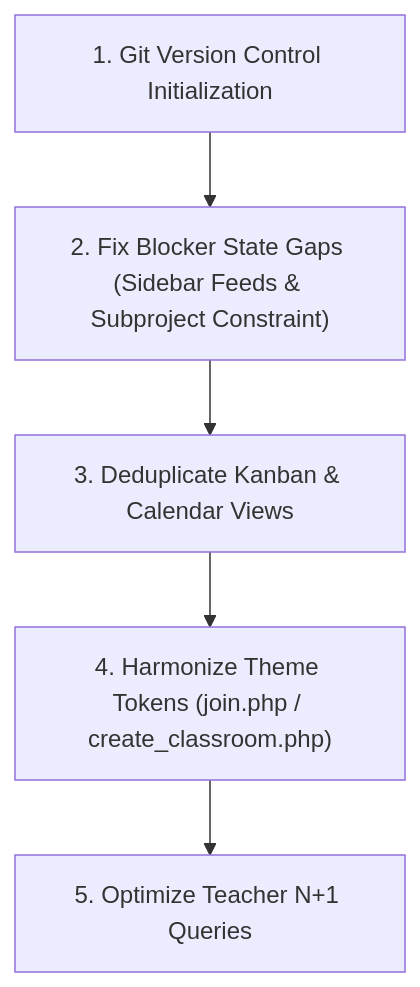
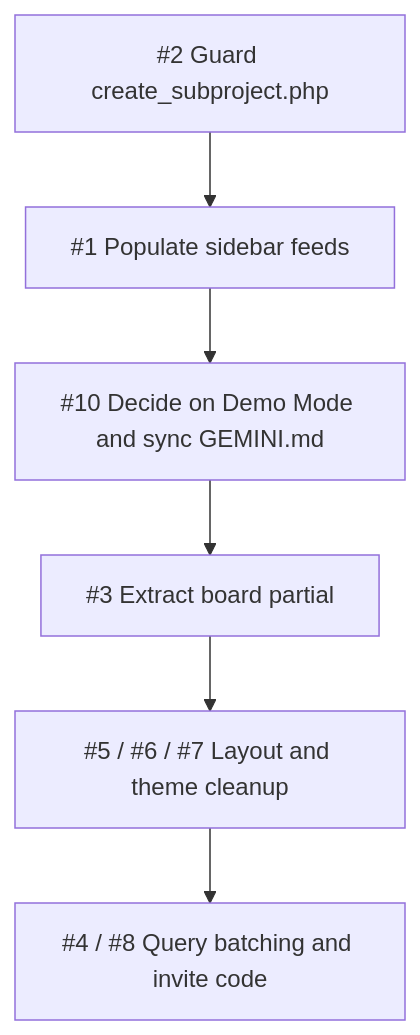
Before and after one commit to Nitinnoob/mini-project-pms: the diagram in vibe-code-audit-report.md, drawn with Mermaid. The commit also changed other lines of this file and 13 other files, not shown here.

Commit message:
fix: resolve vibe-code audit issues (deduplicate board, batch queries, fix themes, and sync docs)

````diff
--- a/vibe-code-audit-report.md
+++ b/vibe-code-audit-report.md
@@ -152,7 +79,8 @@
 ```mermaid
 flowchart TD
-    A["1. Git Version Control Initialization"] --> B["2. Fix Blocker State Gaps (Sidebar Feeds & Subproject Constraint)"]
-    B --> C["3. Deduplicate Kanban & Calendar Views"]
-    C --> D["4. Harmonize Theme Tokens (join.php / create_classroom.php)"]
-    D --> E["5. Optimize Teacher N+1 Queries"]
+    A["#2 Guard create_subproject.php"] --> B["#1 Populate sidebar feeds"]
+    B --> C["#10 Decide on Demo Mode and sync GEMINI.md"]
+    C --> D["#3 Extract board partial"]
+    D --> E["#5 / #6 / #7 Layout and theme cleanup"]
+    E --> F["#4 / #8 Query batching and invite code"]
 ```
````
